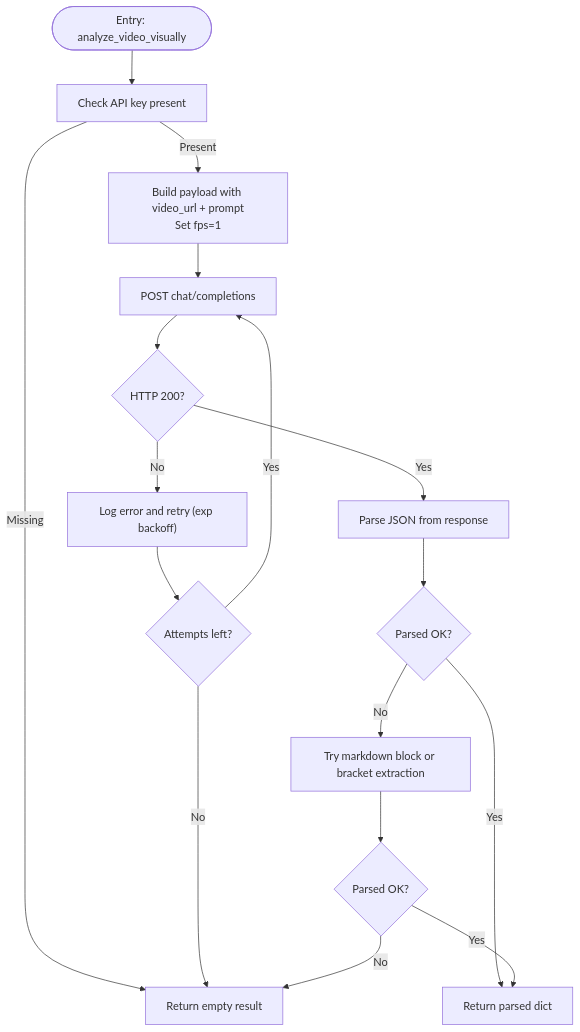
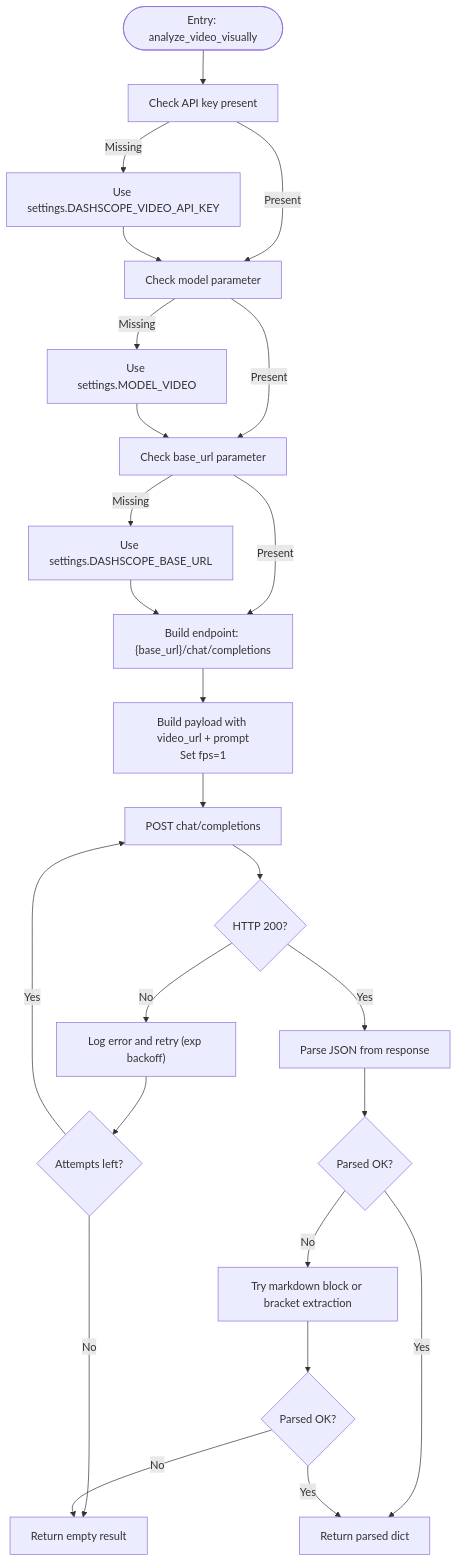
The third of 6 diagrams in .qoder/repowiki/en/content/Media Processing Pipeline/Visual Analysis Stage.md (alexandreybasta-cyber/dubai-media-ai), drawn with Mermaid before and after one commit. The commit also changed other lines of this file and 25 other files, not shown here.

````diff
--- a/.qoder/repowiki/en/content/Media Processing Pipeline/Visual Analysis Stage.md
+++ b/.qoder/repowiki/en/content/Media Processing Pipeline/Visual Analysis Stage.md
@@ -139,19 +149,27 @@
 ```mermaid
 flowchart TD
 Start(["Entry: analyze_video_visually"]) --> CheckKey["Check API key present"]
-CheckKey --> |Missing| Empty["Return empty result"]
-CheckKey --> |Present| BuildPayload["Build payload with video_url + prompt<br/>Set fps=1"]
+CheckKey --> |Missing| FallbackKey["Use settings.DASHSCOPE_VIDEO_API_KEY"]
+CheckKey --> |Present| CheckModel["Check model parameter"]
+CheckModel --> |Missing| FallbackModel["Use settings.MODEL_VIDEO"]
+CheckModel --> |Present| CheckBaseURL["Check base_url parameter"]
+CheckBaseURL --> |Missing| FallbackBaseURL["Use settings.DASHSCOPE_BASE_URL"]
+CheckBaseURL --> |Present| BuildEndpoint["Build endpoint: {base_url}/chat/completions"]
+FallbackKey --> CheckModel
+FallbackModel --> CheckBaseURL
+FallbackBaseURL --> BuildEndpoint
+BuildEndpoint --> BuildPayload["Build payload with video_url + prompt<br/>Set fps=1"]
 BuildPayload --> CallAPI["POST chat/completions"]
 CallAPI --> RespOK{"HTTP 200?"}
 RespOK --> |No| LogErr["Log error and retry (exp backoff)"]
 LogErr --> Attempts{"Attempts left?"}
 Attempts --> |Yes| CallAPI
-Attempts --> |No| Empty
+Attempts --> |No| Empty["Return empty result"]
 RespOK --> |Yes| Parse["Parse JSON from response"]
 Parse --> Parsed{"Parsed OK?"}
 Parsed --> |Yes| Return["Return parsed dict"]
 Parsed --> |No| Fallback["Try markdown block or bracket extraction"]
 Fallback --> Parsed2{"Parsed OK?"}
 Parsed2 --> |Yes| Return
 Parsed2 --> |No| Empty
 ```
````
